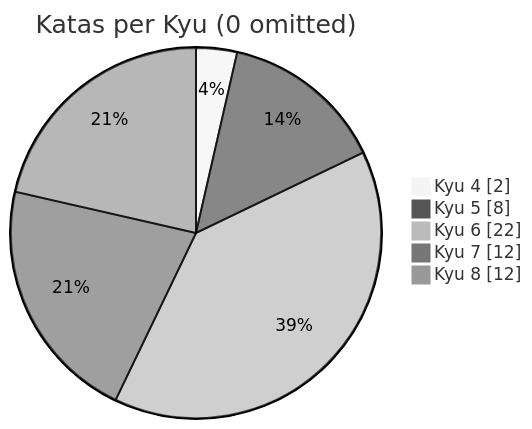
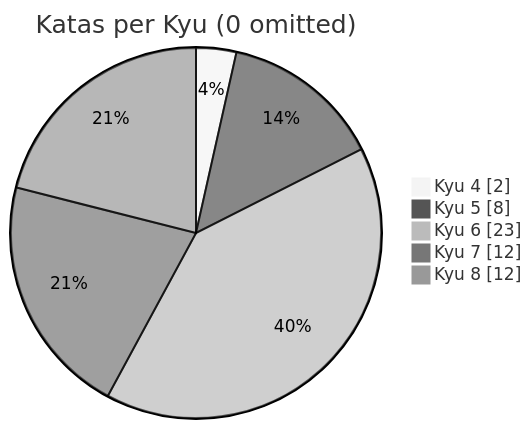
Before and after one commit to MauricioLudwig/codewars-typescript: the diagram in README.md, drawn with Mermaid (neutral theme). The commit also changed other lines of this file, not shown here.

````diff
--- a/README.md
+++ b/README.md
@@ -20,9 +20,9 @@
 ```mermaid
 pie showData
     title Katas per Kyu (0 omitted)
 	"Kyu 4": 2
 	"Kyu 5": 8
-	"Kyu 6": 22
+	"Kyu 6": 23
 	"Kyu 7": 12
 	"Kyu 8": 12
 ```
````
